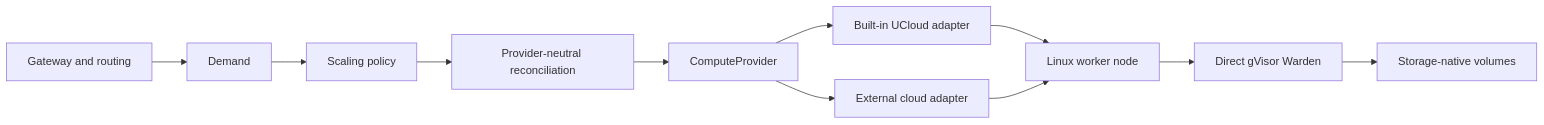
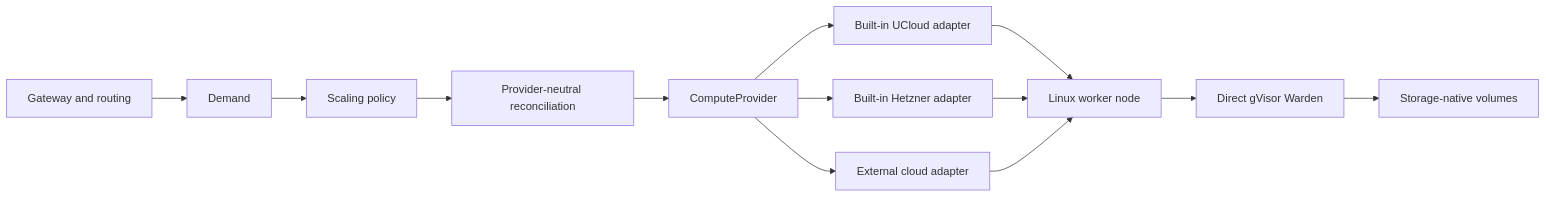
The diagram in docs/provider-portability.md (rlrs/sandboxes), drawn with Mermaid before and after one commit. The commit also changed other lines of this file and 33 other files, not shown here.

````diff
--- a/docs/provider-portability.md
+++ b/docs/provider-portability.md
@@ -11,13 +11,15 @@
 ```mermaid
 flowchart LR
     G["Gateway and routing"] --> D["Demand"]
     D --> P["Scaling policy"]
     P --> R["Provider-neutral reconciliation"]
     R --> C["ComputeProvider"]
     C --> U["Built-in UCloud adapter"]
+    C --> H["Built-in Hetzner adapter"]
     C --> O["External cloud adapter"]
     U --> N["Linux worker node"]
+    H --> N
     O --> N
     N --> W["Direct gVisor Warden"]
     W --> S["Storage-native volumes"]
 ```
````
